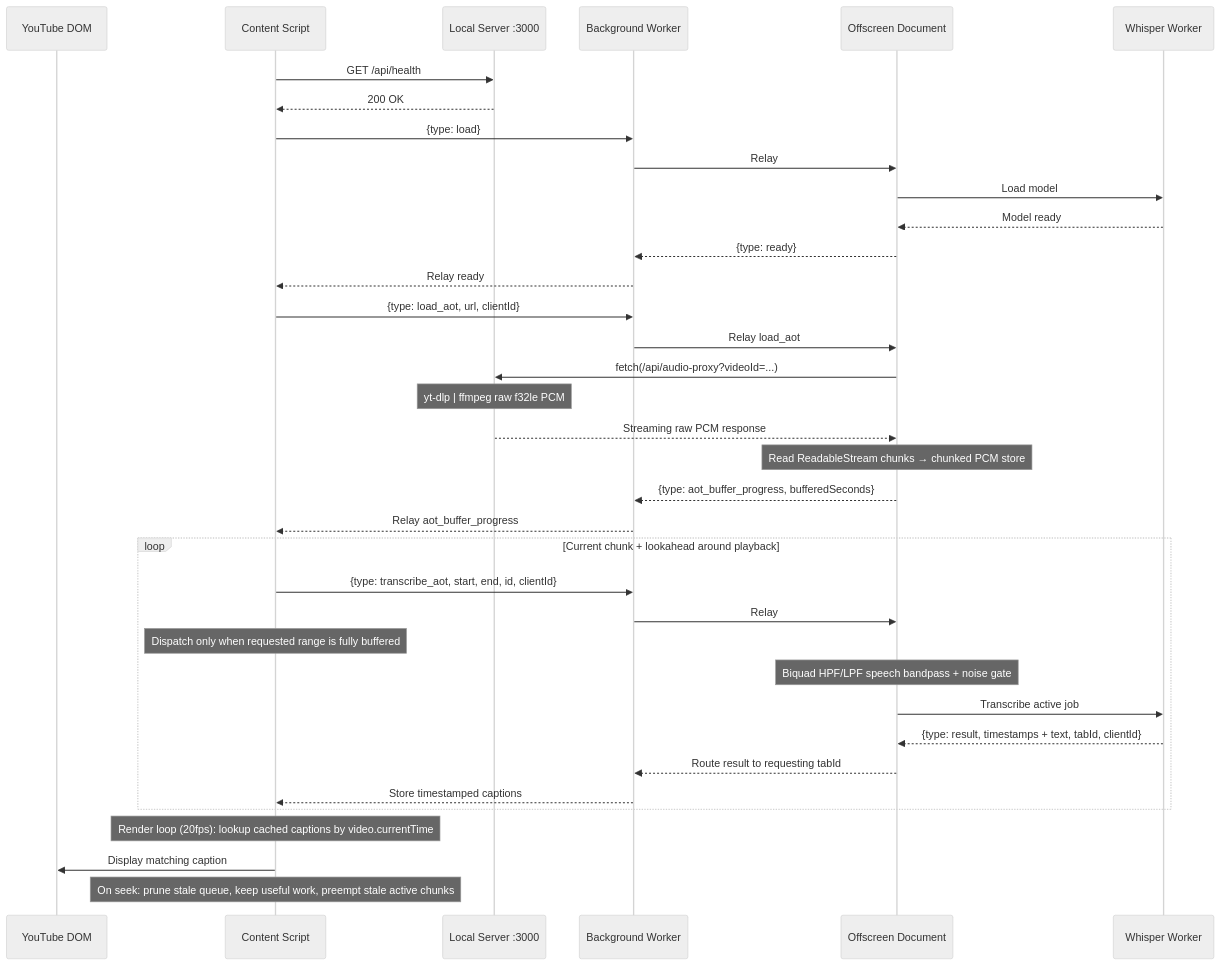
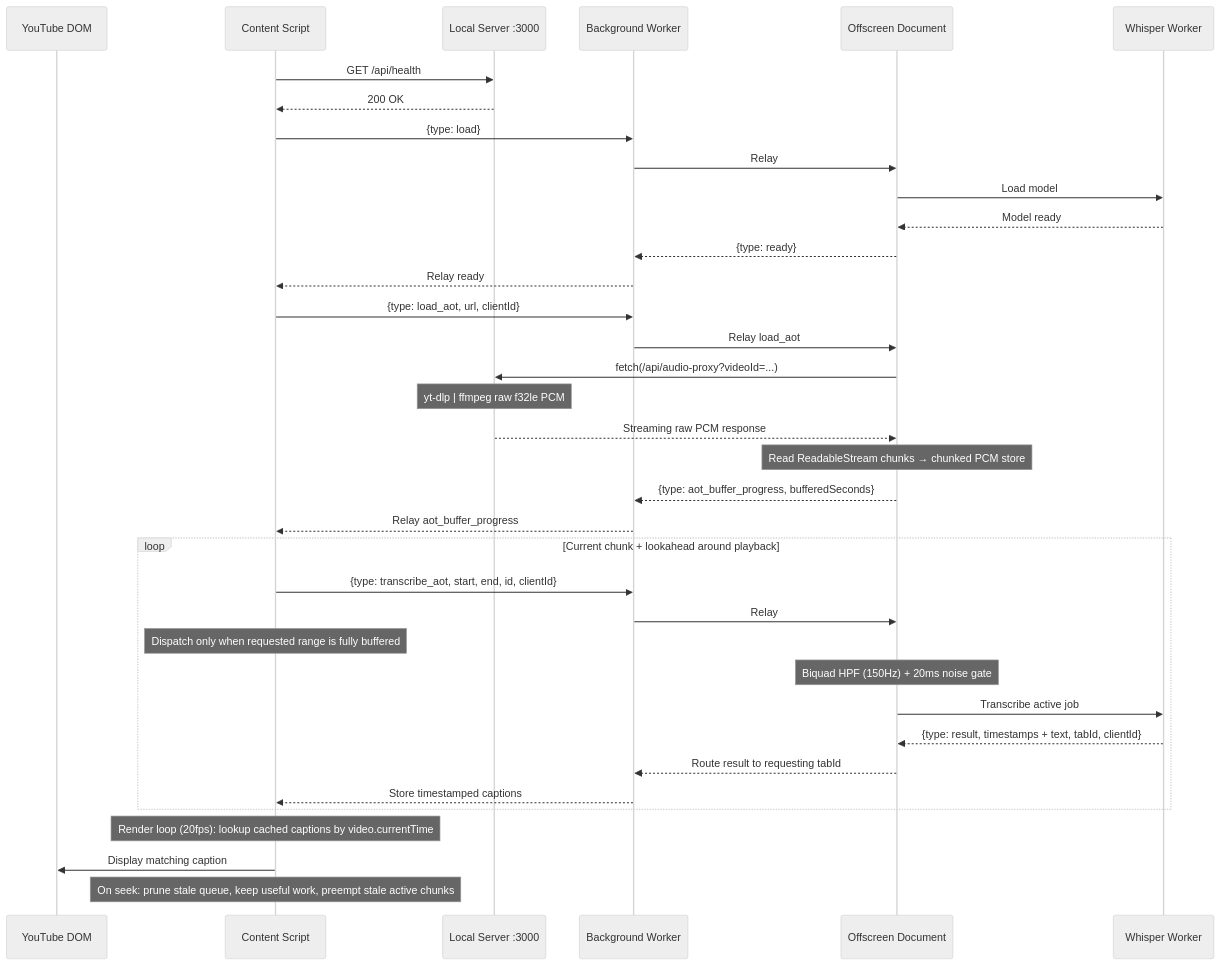
Before and after one commit to pranansh-s/mute.ly: the second of 2 diagrams in README.md, drawn with Mermaid (neutral theme). The commit also changed other lines of this file and 29 other files, not shown here.

Commit message:
overhaul on architecture, removed manual server with native host setup, improved on live captioning

````diff
--- a/README.md
+++ b/README.md
@@ -114,43 +113,43 @@
 ```mermaid
 sequenceDiagram
     participant YT as YouTube DOM
     participant CS as Content Script
     participant Srv as Local Server :3000
     participant BG as Background Worker
     participant OD as Offscreen Document
     participant WW as Whisper Worker
 
     CS->>Srv: GET /api/health
     Srv-->>CS: 200 OK
 
     CS->>BG: {type: load}
     BG->>OD: Relay
     OD->>WW: Load model
     WW-->>OD: Model ready
     OD-->>BG: {type: ready}
     BG-->>CS: Relay ready
 
     CS->>BG: {type: load_aot, url, clientId}
     BG->>OD: Relay load_aot
     OD->>Srv: fetch(/api/audio-proxy?videoId=...)
     Note over Srv: yt-dlp | ffmpeg raw f32le PCM
     Srv-->>OD: Streaming raw PCM response
     Note over OD: Read ReadableStream chunks → chunked PCM store
     OD-->>BG: {type: aot_buffer_progress, bufferedSeconds}
     BG-->>CS: Relay aot_buffer_progress
     
     loop Current chunk + lookahead around playback
         CS->>BG: {type: transcribe_aot, start, end, id, clientId}
         BG->>OD: Relay
         Note over CS: Dispatch only when requested range is fully buffered
-        Note over OD: Biquad HPF/LPF speech bandpass + noise gate
+        Note over OD: Biquad HPF (150Hz) + 20ms noise gate
         OD->>WW: Transcribe active job
         WW-->>OD: {type: result, timestamps + text, tabId, clientId}
         OD-->>BG: Route result to requesting tabId
         BG-->>CS: Store timestamped captions
     end
 
     Note over CS: Render loop (20fps): lookup cached captions by video.currentTime
     CS->>YT: Display matching caption
     Note over CS: On seek: prune stale queue, keep useful work, preempt stale active chunks
 ```
````
